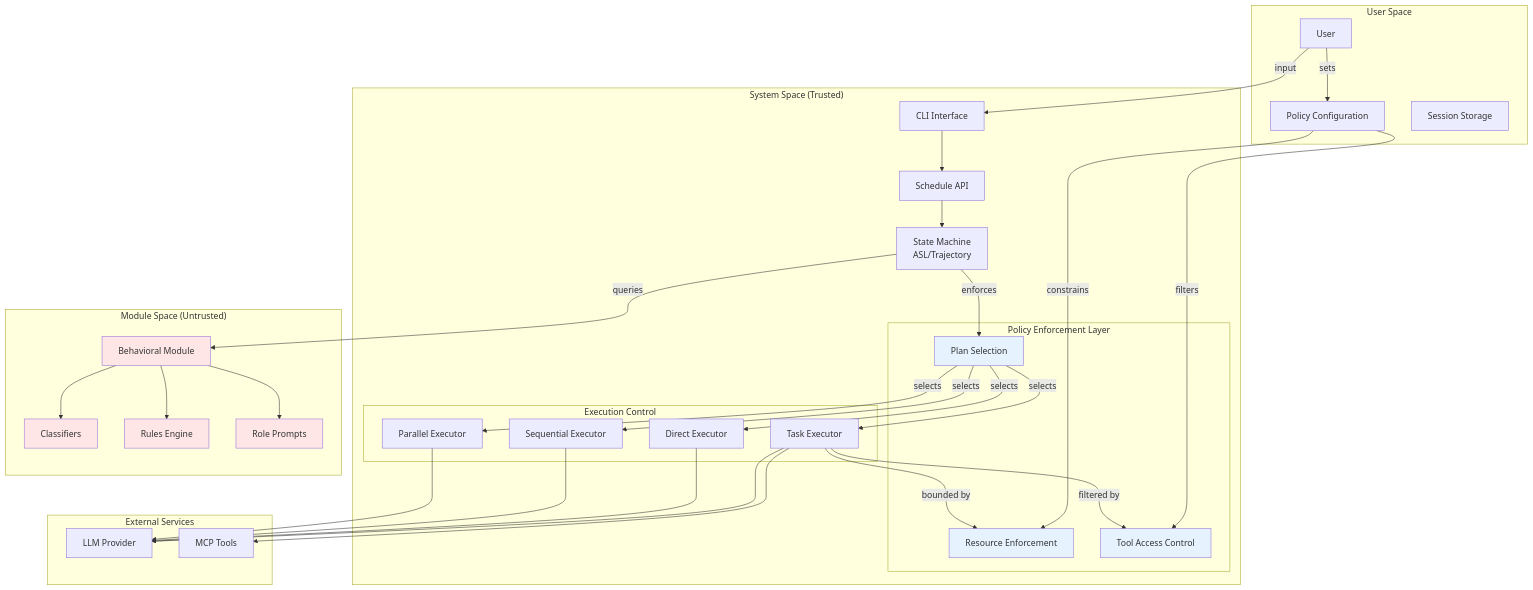
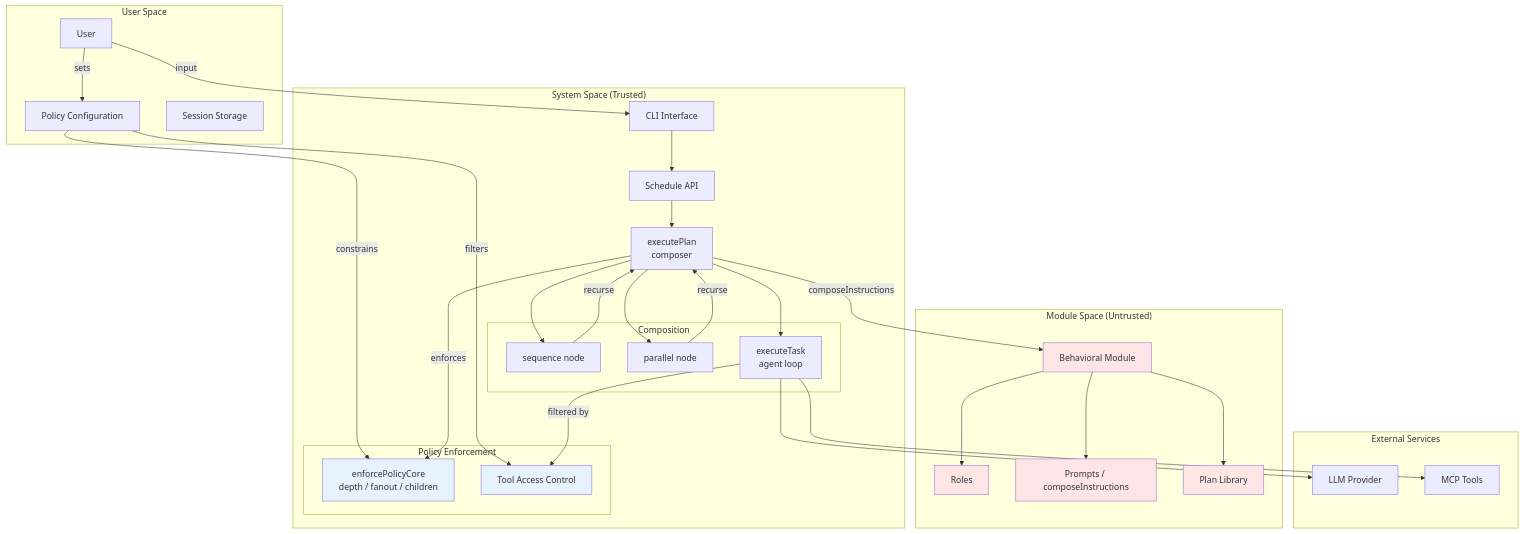
One commit to machellerogden/thinksuit changed the second of 4 diagrams in docs/architecture-overview.md. Above: the diagram before and after it, drawn with Mermaid. The commit also changed other lines of this file and 129 other files, not shown here.

First line of the commit message:
refactor: de-pipeline the engine — agent loop + authored plan composition

````diff
--- a/docs/architecture-overview.md
+++ b/docs/architecture-overview.md
@@ -128,74 +133,67 @@
 ```mermaid
 graph TB
     subgraph "User Space"
         User[User]
         Policy[Policy Configuration]
         Sessions[Session Storage]
     end
 
     subgraph "System Space (Trusted)"
         CLI[CLI Interface]
         Schedule[Schedule API]
-        SM[State Machine<br/>ASL/Trajectory]
+        Plan[executePlan<br/>composer]
 
-        subgraph "Policy Enforcement Layer"
-            PS[Plan Selection]
-            RE[Resource Enforcement]
+        subgraph "Policy Enforcement"
+            PE[enforcePolicyCore<br/>depth / fanout / children]
             TA[Tool Access Control]
         end
 
-        subgraph "Execution Control"
-            Task[Task Executor]
-            Direct[Direct Executor]
-            Seq[Sequential Executor]
-            Para[Parallel Executor]
+        subgraph "Composition"
+            Seq[sequence node]
+            Para[parallel node]
+            Task[executeTask<br/>agent loop]
         end
     end
 
     subgraph "Module Space (Untrusted)"
         Module[Behavioral Module]
-        Class[Classifiers]
-        Rules[Rules Engine]
-        Prompts[Role Prompts]
+        Roles[Roles]
+        Prompts[Prompts / composeInstructions]
+        Plans[Plan Library]
     end
 
     subgraph "External Services"
         LLM[LLM Provider]
         Tools[MCP Tools]
     end
 
     User -->|sets| Policy
     User -->|input| CLI
-    Policy -->|constrains| RE
+    Policy -->|constrains| PE
     Policy -->|filters| TA
 
     CLI --> Schedule
-    Schedule --> SM
-    SM -->|queries| Module
-    Module --> Class
-    Module --> Rules
+    Schedule --> Plan
+    Plan -->|composeInstructions| Module
+    Module --> Roles
     Module --> Prompts
+    Module --> Plans
 
-    SM -->|enforces| PS
-    PS -->|selects| Task
-    PS -->|selects| Direct
-    PS -->|selects| Seq
-    PS -->|selects| Para
+    Plan -->|enforces| PE
+    Plan --> Seq
+    Plan --> Para
+    Plan --> Task
+    Seq -->|recurse| Plan
+    Para -->|recurse| Plan
 
-    Task -->|bounded by| RE
     Task -->|filtered by| TA
     Task --> LLM
     Task --> Tools
 
-    Direct --> LLM
-    Seq --> LLM
-    Para --> LLM
-
     style Module fill:#ffe6e6
-    style Class fill:#ffe6e6
-    style Rules fill:#ffe6e6
+    style Roles fill:#ffe6e6
     style Prompts fill:#ffe6e6
-    style PS fill:#e6f3ff
-    style RE fill:#e6f3ff
+    style Plans fill:#ffe6e6
+    style PE fill:#e6f3ff
     style TA fill:#e6f3ff
 ```
````
